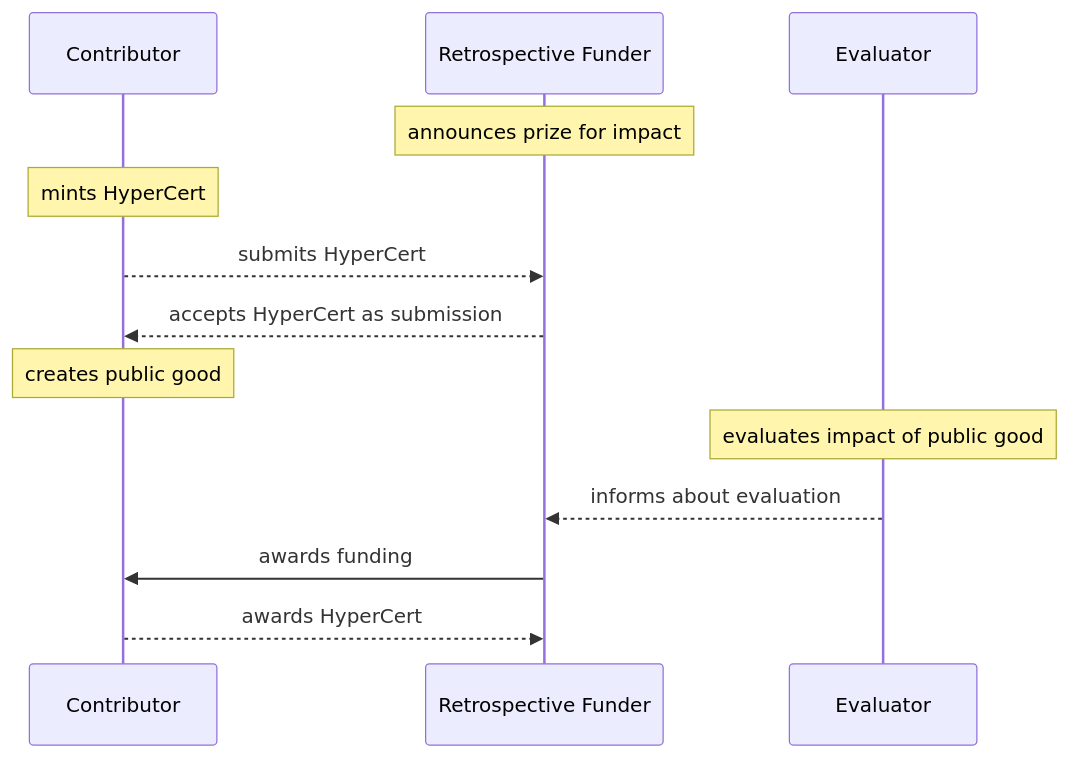
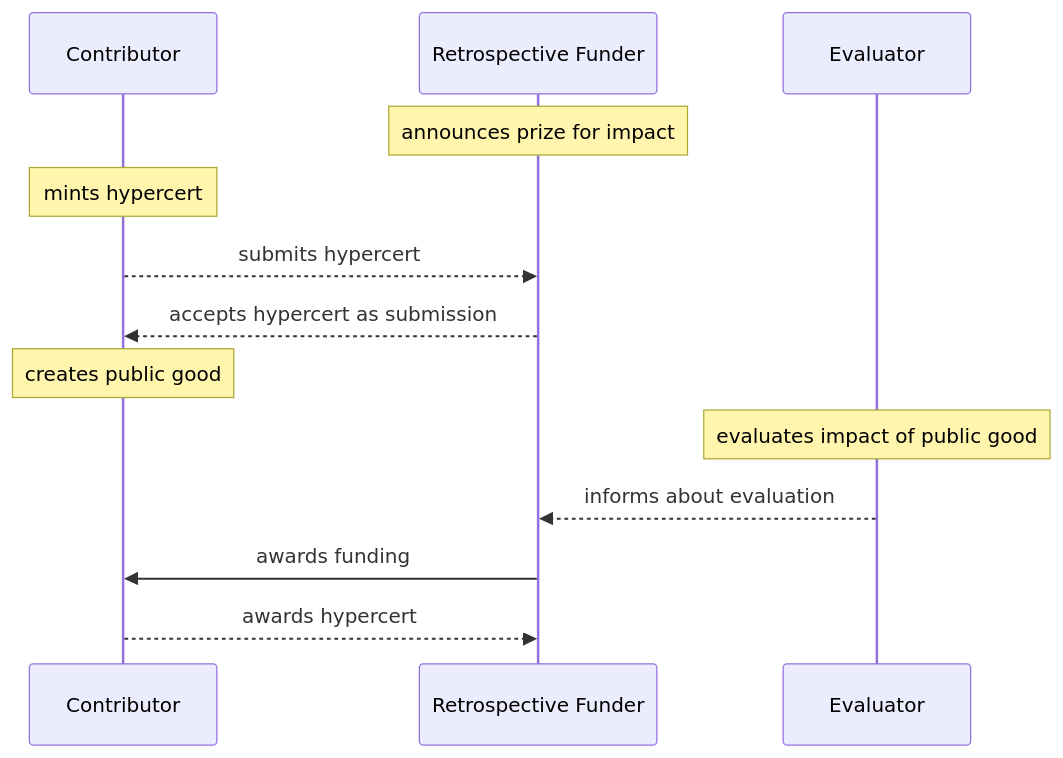
The second of 4 diagrams in docs/scenarios.md (Network-Goods/hypercerts-docs), drawn with Mermaid before and after one commit. The commit also changed other lines of this file and 7 other files, not shown here.

Commit message:
feat: HyperCert -> hypercert

````diff
--- a/docs/scenarios.md
+++ b/docs/scenarios.md
@@ -29,15 +29,15 @@
 ```mermaid
 sequenceDiagram
     participant Contributor
     participant Retrospective Funder
     participant Evaluator
     Note over Retrospective Funder: announces prize for impact
-    Note over Contributor: mints HyperCert
-    Contributor -->> Retrospective Funder: submits HyperCert
-    Retrospective Funder -->> Contributor: accepts HyperCert as submission
+    Note over Contributor: mints hypercert
+    Contributor -->> Retrospective Funder: submits hypercert
+    Retrospective Funder -->> Contributor: accepts hypercert as submission
     Note over Contributor: creates public good
     Note over Evaluator: evaluates impact of public good
     Evaluator -->> Retrospective Funder: informs about evaluation
     Retrospective Funder ->> Contributor: awards funding
-    Contributor -->> Retrospective Funder: awards HyperCert
+    Contributor -->> Retrospective Funder: awards hypercert
 ```
````
